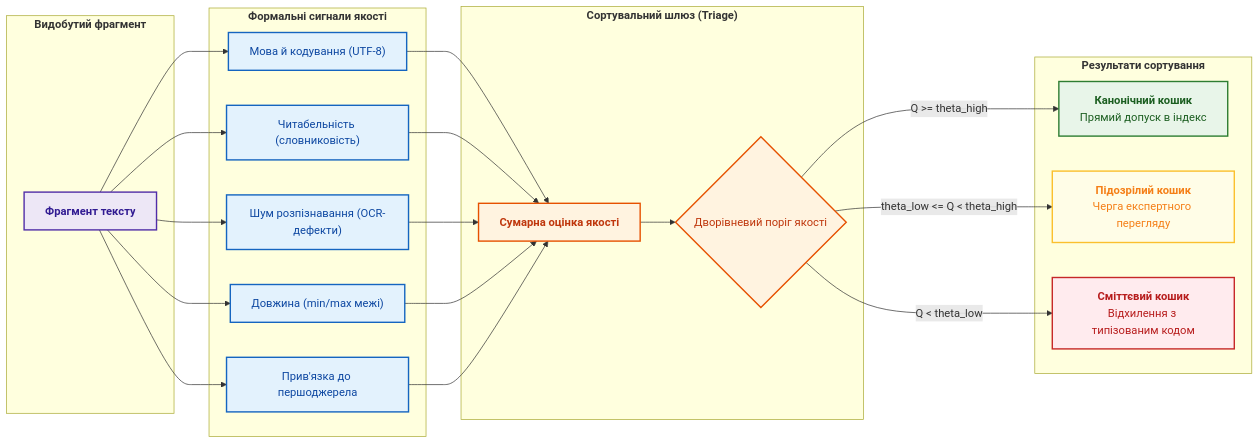
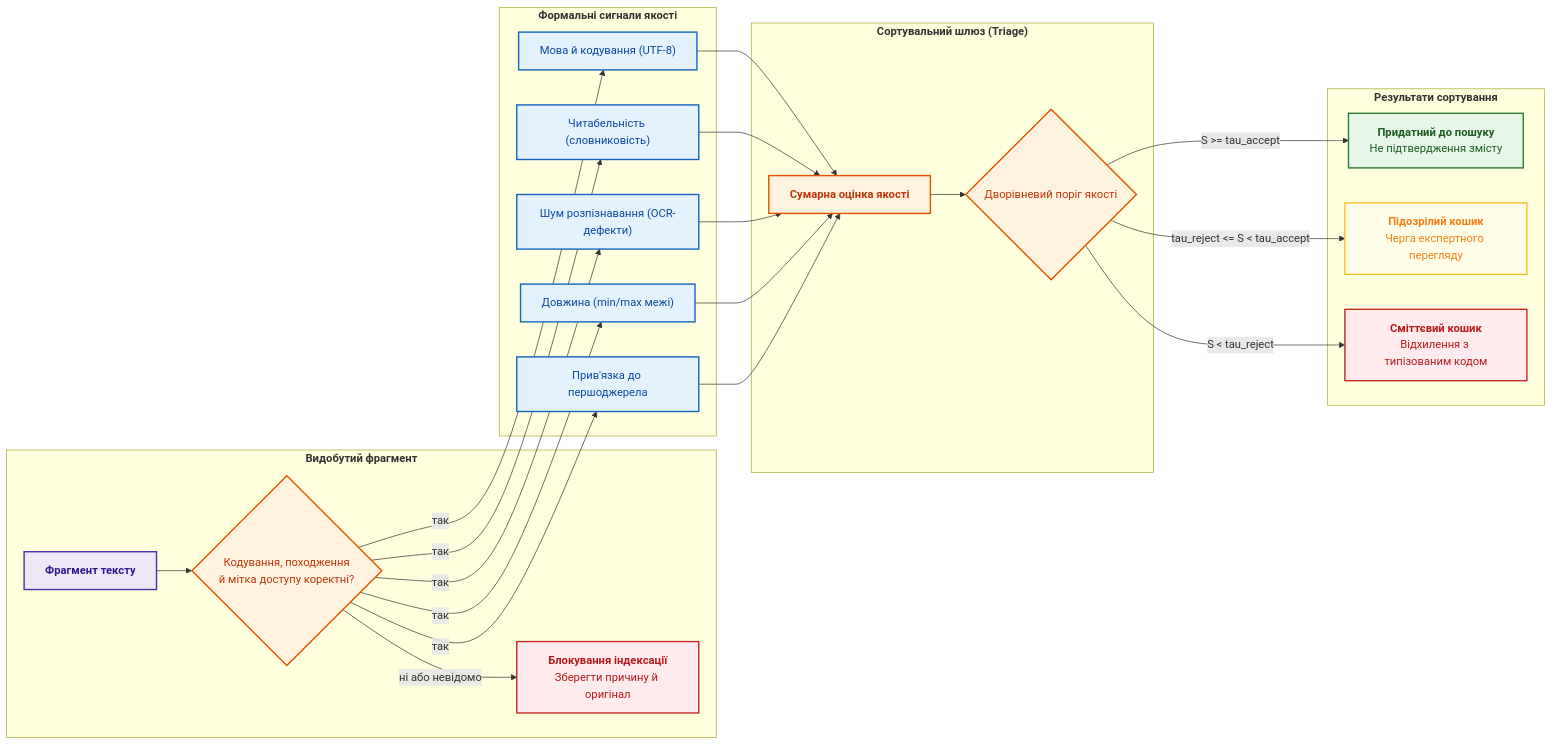
One commit to nick-fedchik/articles changed the seventh of 10 diagrams in ExpertSystem/ch08-engineering-artifacts-as-data.md. Above: the diagram before and after it, drawn with Mermaid. The commit also changed other lines of this file and 7 other files, not shown here.

````diff
--- a/ExpertSystem/ch08-engineering-artifacts-as-data.md
+++ b/ExpertSystem/ch08-engineering-artifacts-as-data.md
@@ -698,59 +799,63 @@
 ```mermaid
 flowchart LR
     accTitle: Первинне сортування фрагментів перед індексацією
-    accDescr: Фрагмент оцінюють за мовою й кодуванням, читабельністю, шумом розпізнавання, довжиною й прив'язкою до джерела, а за сумарною оцінкою розподіляють у три кошики.
+    accDescr: Спершу перевіряють кодування, походження та мітку доступу; дефект блокує індексацію незалежно від бала. Далі сигнали якості розподіляють фрагмент у три кошики.
 
     subgraph FragIn["<b>Видобутий фрагмент</b>"]
         F["<b>Фрагмент тексту</b>"]
+        Mandatory{"Кодування, походження<br/>й мітка доступу коректні?"}
+        Hold["<b>Блокування індексації</b><br/>Зберегти причину й оригінал"]
     end
 
     subgraph QualitySignals["<b>Формальні сигнали якості</b>"]
         L["Мова й кодування (UTF-8)"]
         R["Читабельність (словниковість)"]
         N["Шум розпізнавання (OCR-дефекти)"]
         Ln["Довжина (min/max межі)"]
         Sr["Прив'язка до першоджерела"]
     end
 
     subgraph DecisionTriage["<b>Сортувальний шлюз (Triage)</b>"]
         SC["<b>Сумарна оцінка якості</b>"]
         G{"Дворівневий поріг якості"}
     end
 
     subgraph TargetBuckets["<b>Результати сортування</b>"]
-        Good["<b>Канонічний кошик</b><br/>Прямий допуск в індекс"]
+        Good["<b>Придатний до пошуку</b><br/>Не підтвердження змісту"]
         Susp["<b>Підозрілий кошик</b><br/>Черга експертного перегляду"]
         Trash["<b>Сміттєвий кошик</b><br/>Відхилення з типізованим кодом"]
     end
 
-    F --> L
-    F --> R
-    F --> N
-    F --> Ln
-    F --> Sr
+    F --> Mandatory
+    Mandatory -->|"ні або невідомо"| Hold
+    Mandatory -->|"так"| L
+    Mandatory -->|"так"| R
+    Mandatory -->|"так"| N
+    Mandatory -->|"так"| Ln
+    Mandatory -->|"так"| Sr
 
     L --> SC
     R --> SC
     N --> SC
     Ln --> SC
     Sr --> SC
 
     SC --> G
-    G -->|"Q >= theta_high"| Good
-    G -->|"theta_low <= Q < theta_high"| Susp
-    G -->|"Q < theta_low"| Trash
+    G -->|"S >= tau_accept"| Good
+    G -->|"tau_reject <= S < tau_accept"| Susp
+    G -->|"S < tau_reject"| Trash
 
     classDef frag fill:#ede7f6,stroke:#512da8,stroke-width:2px,color:#311b92;
     classDef signal fill:#e3f2fd,stroke:#1565c0,stroke-width:2px,color:#0d47a1;
     classDef score fill:#fff3e0,stroke:#e65100,stroke-width:2px,color:#bf360c;
     classDef good fill:#e8f5e9,stroke:#2e7d32,stroke-width:2px,color:#1b5e20;
     classDef susp fill:#fffde7,stroke:#fbc02d,stroke-width:2px,color:#f57f17;
     classDef trash fill:#ffebee,stroke:#c62828,stroke-width:2px,color:#b71c1c;
 
     class F frag;
     class L,R,N,Ln,Sr signal;
-    class SC,G score;
+    class SC,G,Mandatory score;
     class Good good;
     class Susp susp;
-    class Trash trash;
+    class Trash,Hold trash;
 ```
````
